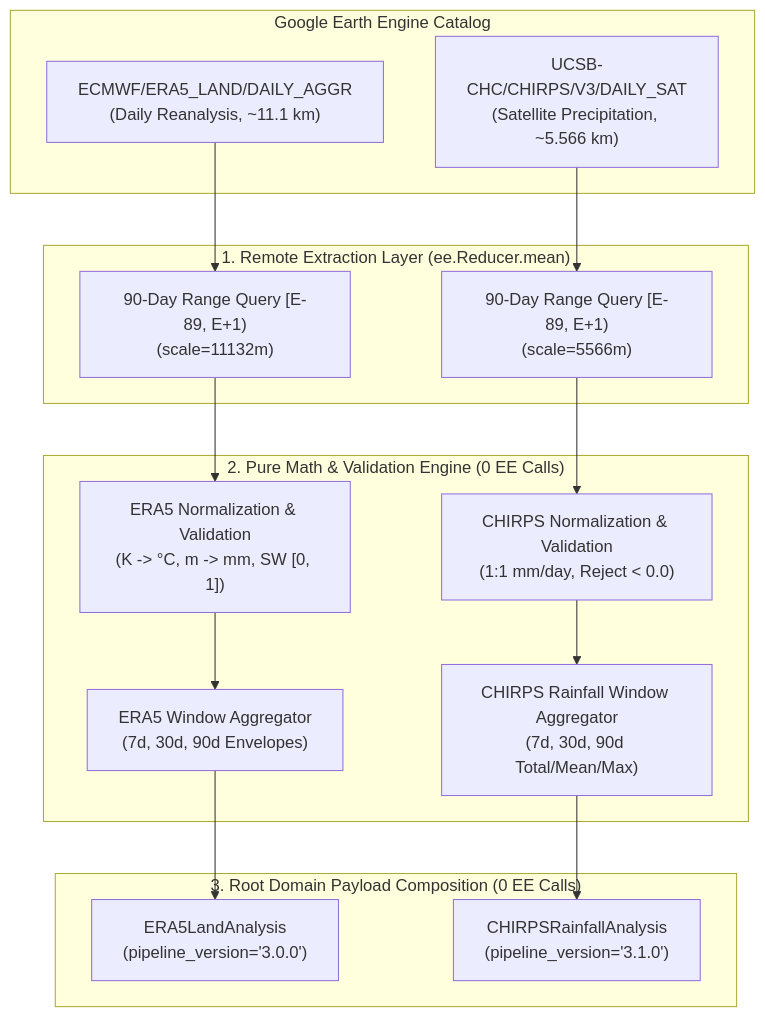
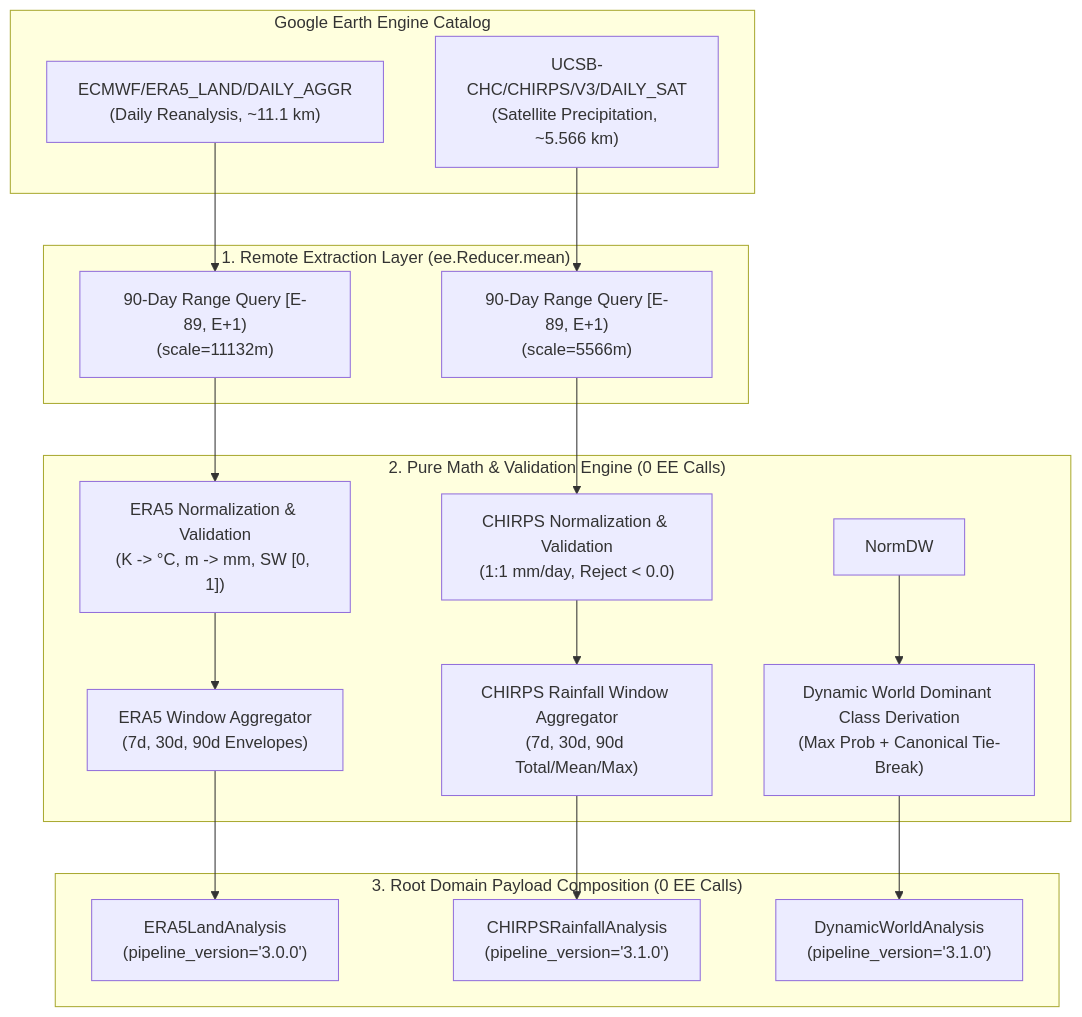
Before and after one commit to Kushagra-Dixit-0906/bharatsahayak-v2: the third of 3 diagrams in docs/ARCHITECTURE.md, drawn with Mermaid. The commit also changed other lines of this file and 17 other files, not shown here.

Commit message:
feat(environment): complete Phase 3C Dynamic World context

````diff
--- a/docs/ARCHITECTURE.md
+++ b/docs/ARCHITECTURE.md
@@ -205,24 +205,26 @@
 ```mermaid
 graph TD
     subgraph EarthEngineCatalog ["Google Earth Engine Catalog"]
         ERA["ECMWF/ERA5_LAND/DAILY_AGGR\n(Daily Reanalysis, ~11.1 km)"]
         CHIRPS["UCSB-CHC/CHIRPS/V3/DAILY_SAT\n(Satellite Precipitation, ~5.566 km)"]
     end
 
     subgraph DataExtraction ["1. Remote Extraction Layer (ee.Reducer.mean)"]
         ERA --> QueryERA["90-Day Range Query [E-89, E+1)\n(scale=11132m)"]
         CHIRPS --> QueryCHIRPS["90-Day Range Query [E-89, E+1)\n(scale=5566m)"]
     end
 
     subgraph ValidationEngine ["2. Pure Math & Validation Engine (0 EE Calls)"]
         QueryERA --> NormERA["ERA5 Normalization & Validation\n(K -> °C, m -> mm, SW [0, 1])"]
         QueryCHIRPS --> NormCHIRPS["CHIRPS Normalization & Validation\n(1:1 mm/day, Reject < 0.0)"]
         NormERA --> WinERA["ERA5 Window Aggregator\n(7d, 30d, 90d Envelopes)"]
         NormCHIRPS --> WinCHIRPS["CHIRPS Rainfall Window Aggregator\n(7d, 30d, 90d Total/Mean/Max)"]
+        NormDW --> DomDW["Dynamic World Dominant Class Derivation\n(Max Prob + Canonical Tie-Break)"]
     end
 
     subgraph DomainAssembly ["3. Root Domain Payload Composition (0 EE Calls)"]
         WinERA --> OutERA["ERA5LandAnalysis\n(pipeline_version='3.0.0')"]
         WinCHIRPS --> OutCHIRPS["CHIRPSRainfallAnalysis\n(pipeline_version='3.1.0')"]
+        DomDW --> OutDW["DynamicWorldAnalysis\n(pipeline_version='3.1.0')"]
     end
 ```
````
